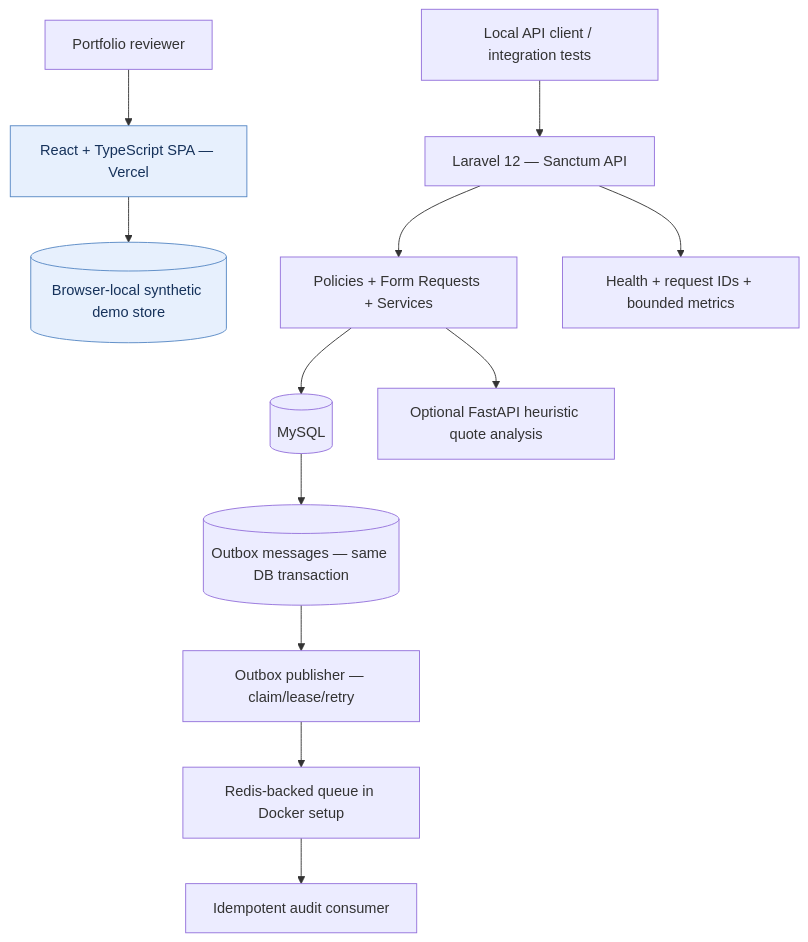
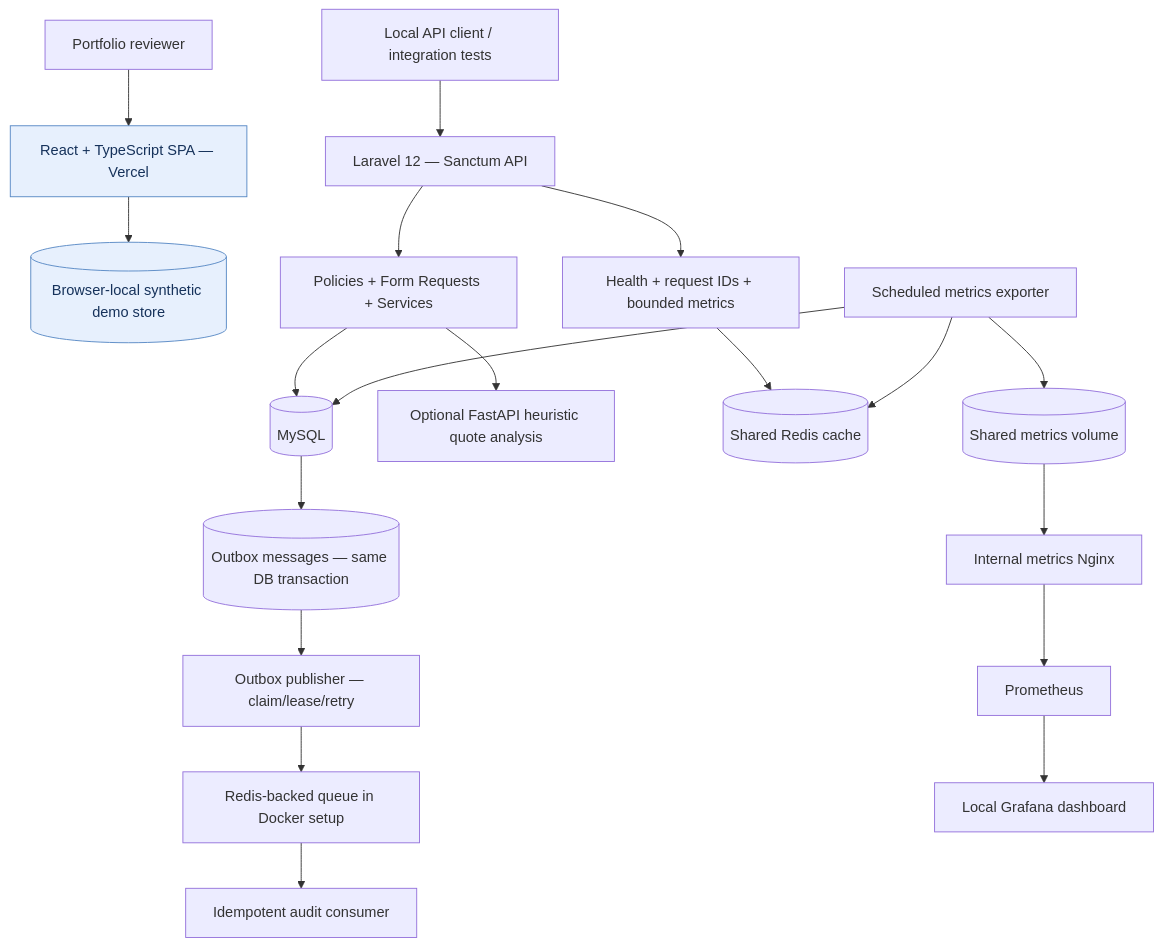
Before and after one commit to Will-ammari/procurepilot-ai: the diagram in README.md, drawn with Mermaid. The commit also changed other lines of this file and 3 other files, not shown here.

````diff
--- a/README.md
+++ b/README.md
@@ -34,16 +47,23 @@
 ```mermaid
 flowchart TB
     Reviewer[Portfolio reviewer] --> Demo[React + TypeScript SPA — Vercel]
     Demo --> Sim[(Browser-local synthetic demo store)]
     Local[Local API client / integration tests] --> API[Laravel 12 — Sanctum API]
     API --> Policies[Policies + Form Requests + Services]
     Policies --> MySQL[(MySQL)]
     Policies --> FastAPI[Optional FastAPI heuristic quote analysis]
     MySQL --> Outbox[(Outbox messages — same DB transaction)]
     Outbox --> Publisher[Outbox publisher — claim/lease/retry]
     Publisher --> Queue[Redis-backed queue in Docker setup]
     Queue --> Worker[Idempotent audit consumer]
     API --> Ops[Health + request IDs + bounded metrics]
+    Ops --> Redis[(Shared Redis cache)]
+    Exporter[Scheduled metrics exporter] --> Redis
+    Exporter --> MySQL
+    Exporter --> MetricsFile[(Shared metrics volume)]
+    MetricsFile --> MetricsHTTP[Internal metrics Nginx]
+    MetricsHTTP --> Prometheus[Prometheus]
+    Prometheus --> Grafana[Local Grafana dashboard]
     classDef demo fill:#e7f0fd,stroke:#5687c4,color:#16325b;
     class Demo,Sim demo;
 ```
````
